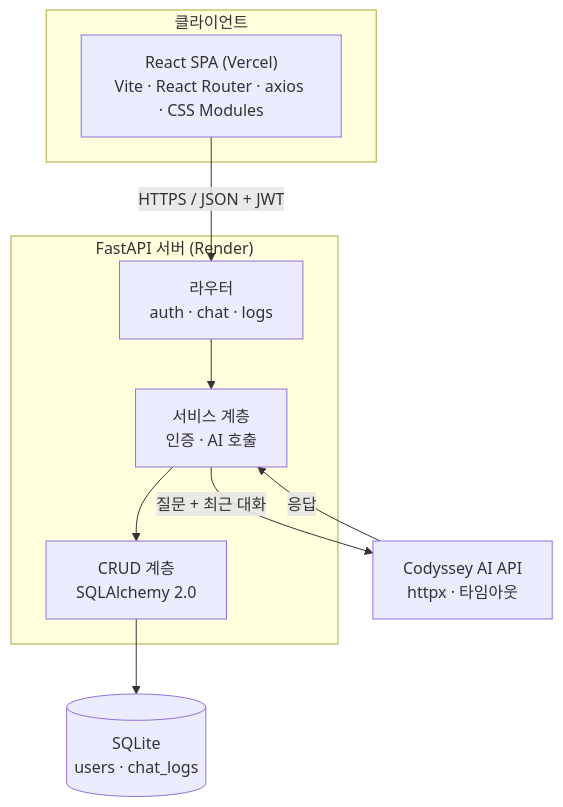
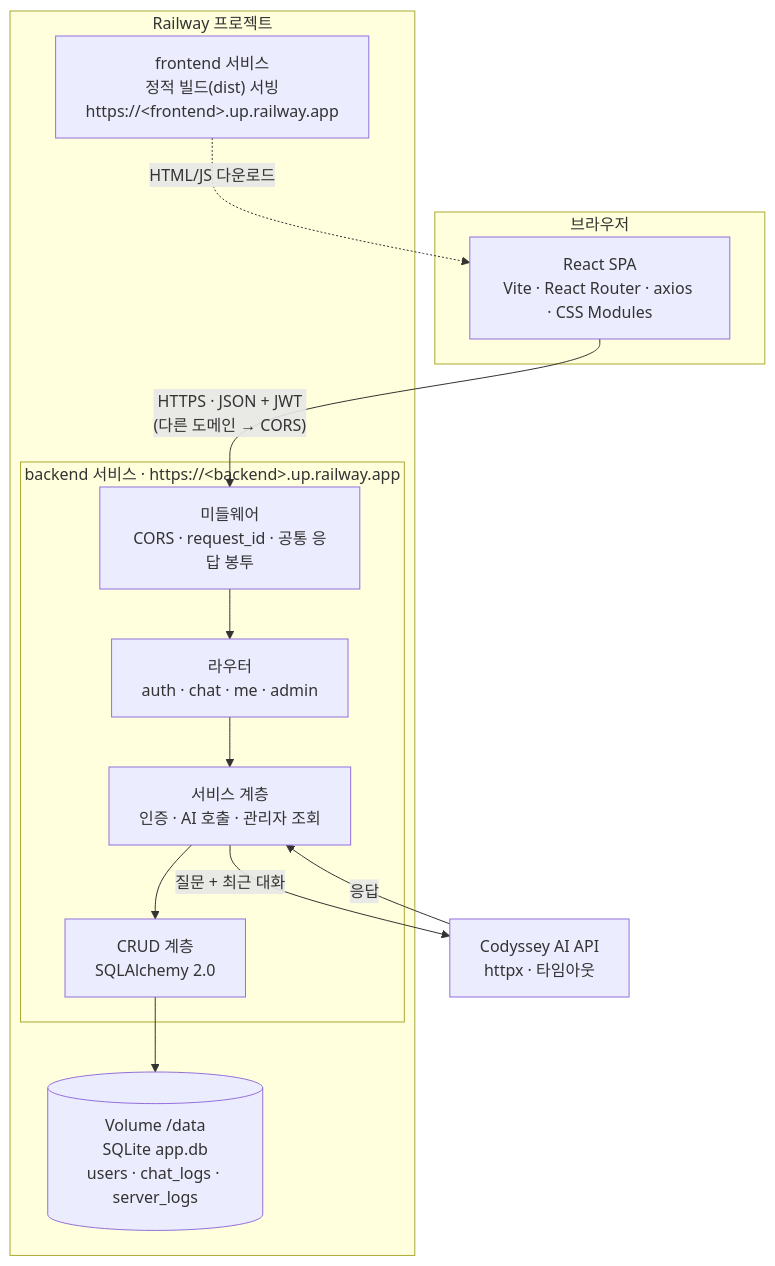
The first of 6 diagrams in docs/02-architecture.md (b7-1-chatbot-team/B7-1-chatbot), drawn with Mermaid before and after one commit. The commit also changed other lines of this file and 11 other files, not shown here.

````diff
--- a/docs/02-architecture.md
+++ b/docs/02-architecture.md
@@ -46,22 +45,28 @@
 ```mermaid
 flowchart TD
-    subgraph client["클라이언트"]
-        React["React SPA (Vercel)<br/>Vite · React Router · axios · CSS Modules"]
+    subgraph client["브라우저"]
+        React["React SPA<br/>Vite · React Router · axios · CSS Modules"]
     end
 
-    subgraph server["FastAPI 서버 (Render)"]
-        Router["라우터<br/>auth · chat · logs"]
-        Service["서비스 계층<br/>인증 · AI 호출"]
-        Crud["CRUD 계층<br/>SQLAlchemy 2.0"]
+    subgraph railway["Railway 프로젝트"]
+        Web["frontend 서비스<br/>정적 빌드(dist) 서빙<br/>https://&lt;frontend&gt;.up.railway.app"]
+        subgraph api["backend 서비스 · https://&lt;backend&gt;.up.railway.app"]
+            MW["미들웨어<br/>CORS · request_id · 공통 응답 봉투"]
+            Router["라우터<br/>auth · chat · me · admin"]
+            Service["서비스 계층<br/>인증 · AI 호출 · 관리자 조회"]
+            Crud["CRUD 계층<br/>SQLAlchemy 2.0"]
+        end
+        Vol[("Volume /data<br/>SQLite app.db<br/>users · chat_logs · server_logs")]
     end
 
-    DB[("SQLite<br/>users · chat_logs")]
     AI["Codyssey AI API<br/>httpx · 타임아웃"]
 
-    React -->|"HTTPS / JSON + JWT"| Router
+    Web -. "HTML/JS 다운로드" .-> React
+    React -->|"HTTPS · JSON + JWT<br/>(다른 도메인 → CORS)"| MW
+    MW --> Router
     Router --> Service
     Service --> Crud
     Service -->|"질문 + 최근 대화"| AI
     AI -->|"응답"| Service
-    Crud --> DB
+    Crud --> Vol
 ```
````
